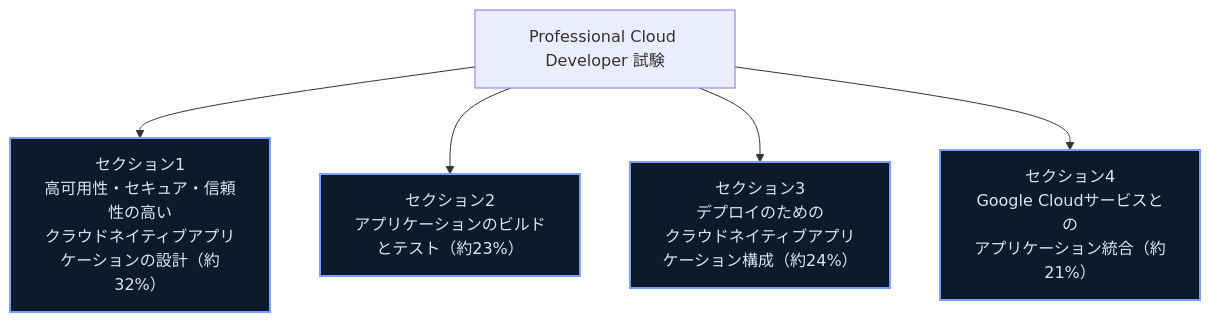
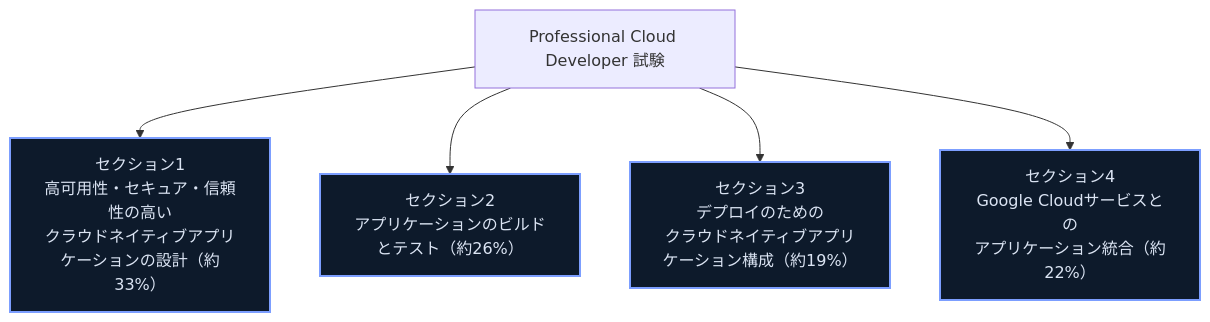
The first of 13 diagrams in Gcp-professional-cloud-developer-guide.md (myoshi2891/Cloud-Infrastructure-Studies), drawn with Mermaid before and after one commit. The commit also changed other lines of this file and 6 other files, not shown here.

````diff
--- a/Gcp-professional-cloud-developer-guide.md
+++ b/Gcp-professional-cloud-developer-guide.md
@@ -28,10 +28,10 @@
 ```mermaid
 flowchart TD
-    A[Professional Cloud Developer 試験] --> B["セクション1<br/>高可用性・セキュア・信頼性の高い<br/>クラウドネイティブアプリケーションの設計（約32%）"]
-    A --> C["セクション2<br/>アプリケーションのビルドとテスト（約23%）"]
-    A --> D["セクション3<br/>デプロイのための<br/>クラウドネイティブアプリケーション構成（約24%）"]
-    A --> E["セクション4<br/>Google Cloudサービスとの<br/>アプリケーション統合（約21%）"]
+    A[Professional Cloud Developer 試験] --> B["セクション1<br/>高可用性・セキュア・信頼性の高い<br/>クラウドネイティブアプリケーションの設計（約33%）"]
+    A --> C["セクション2<br/>アプリケーションのビルドとテスト（約26%）"]
+    A --> D["セクション3<br/>デプロイのための<br/>クラウドネイティブアプリケーション構成（約19%）"]
+    A --> E["セクション4<br/>Google Cloudサービスとの<br/>アプリケーション統合（約22%）"]
 
     classDef sec fill:#0d1a2b,stroke:#7c9eff,stroke-width:2px,color:#dbe4f3
     class B,C,D,E sec
 ```
````
